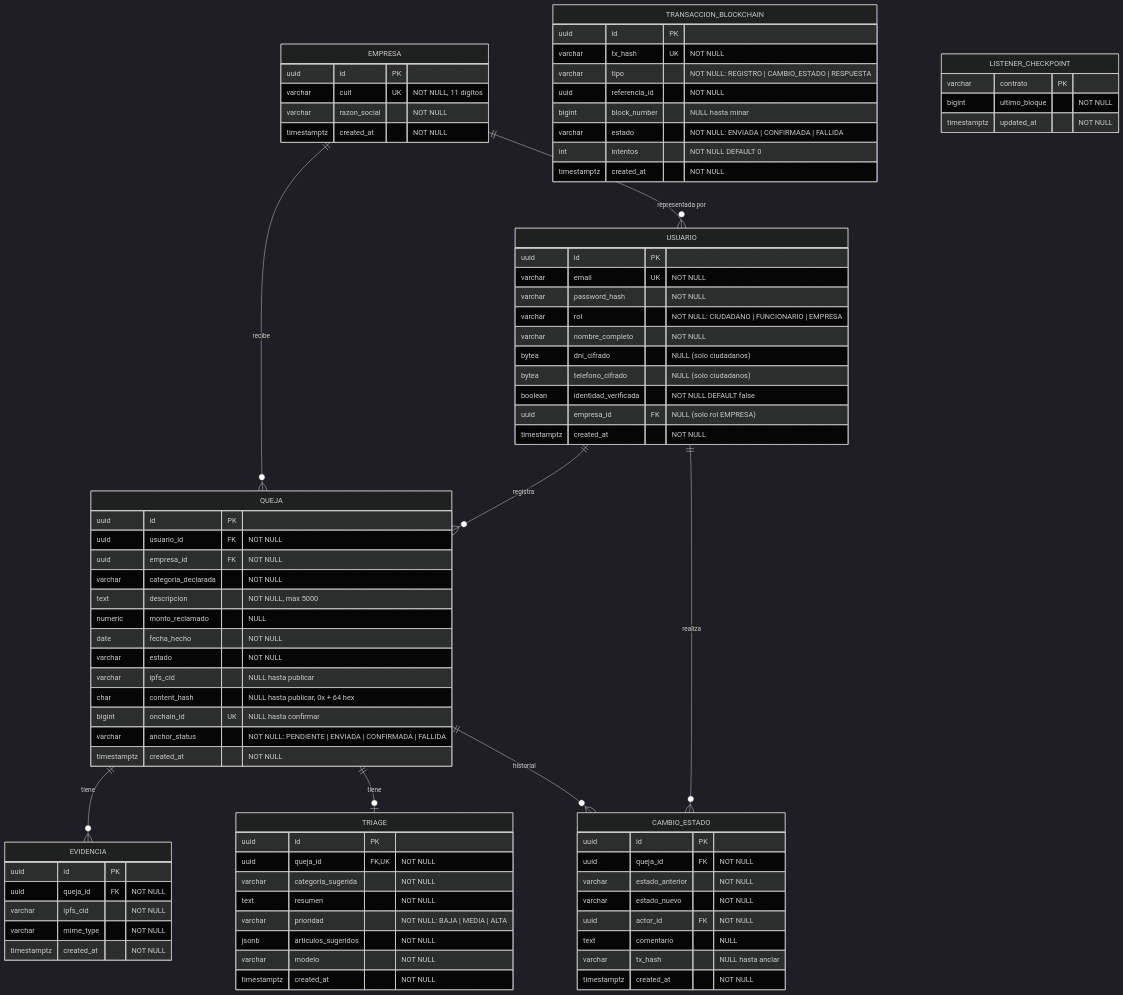
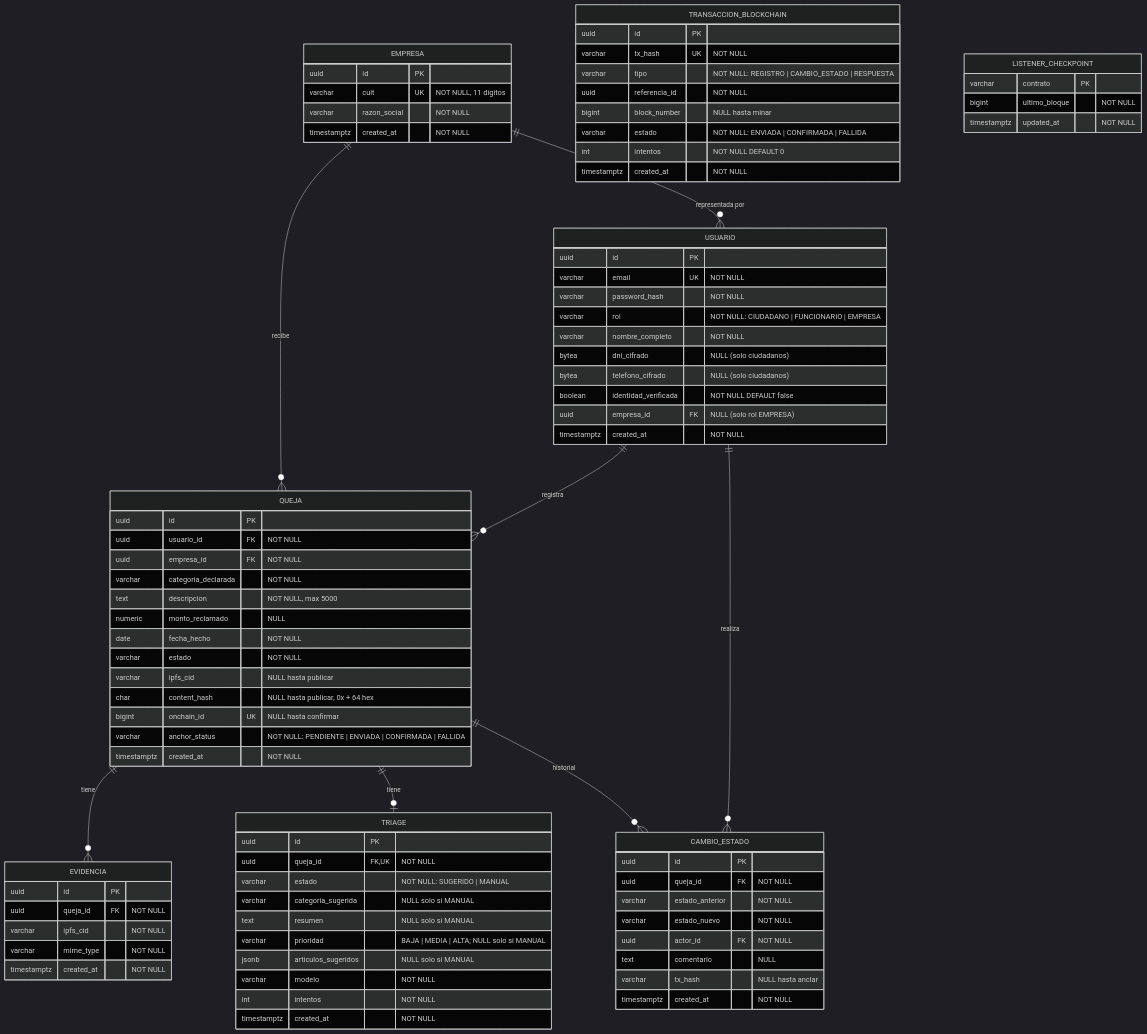
Before and after one commit to dalcorta/AI4Devs-finalproject: the second of 2 diagrams in readme.md, drawn with Mermaid (dark theme). The commit also changed other lines of this file and 45 other files, not shown here.

```diff
--- a/readme.md
+++ b/readme.md
@@ -292,11 +292,13 @@
     TRIAGE {
         uuid id PK
         uuid queja_id FK,UK "NOT NULL"
-        varchar categoria_sugerida "NOT NULL"
-        text resumen "NOT NULL"
-        varchar prioridad "NOT NULL: BAJA | MEDIA | ALTA"
-        jsonb articulos_sugeridos "NOT NULL"
+        varchar estado "NOT NULL: SUGERIDO | MANUAL"
+        varchar categoria_sugerida "NULL solo si MANUAL"
+        text resumen "NULL solo si MANUAL"
+        varchar prioridad "BAJA | MEDIA | ALTA; NULL solo si MANUAL"
+        jsonb articulos_sugeridos "NULL solo si MANUAL"
         varchar modelo "NOT NULL"
+        int intentos "NOT NULL"
         timestamptz created_at "NOT NULL"
     }
     CAMBIO_ESTADO {
```
